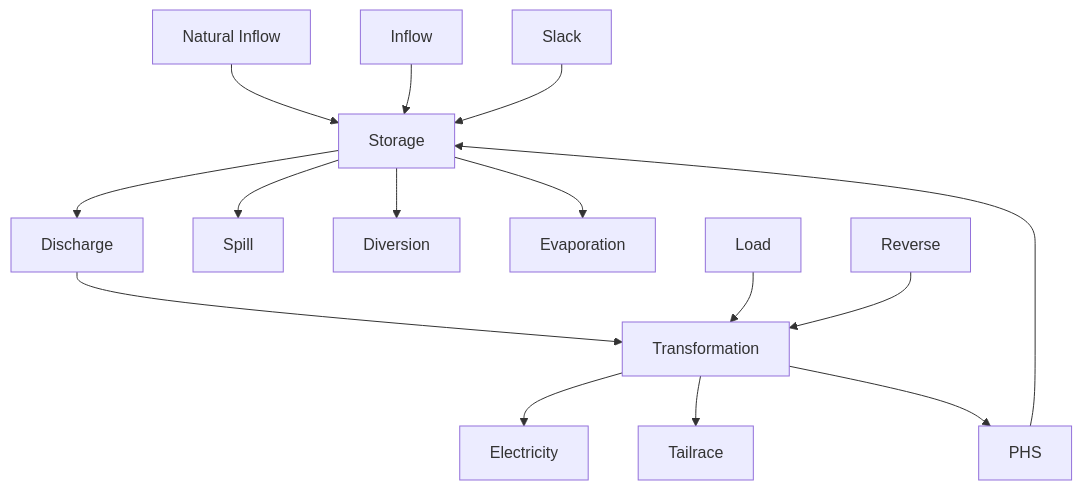
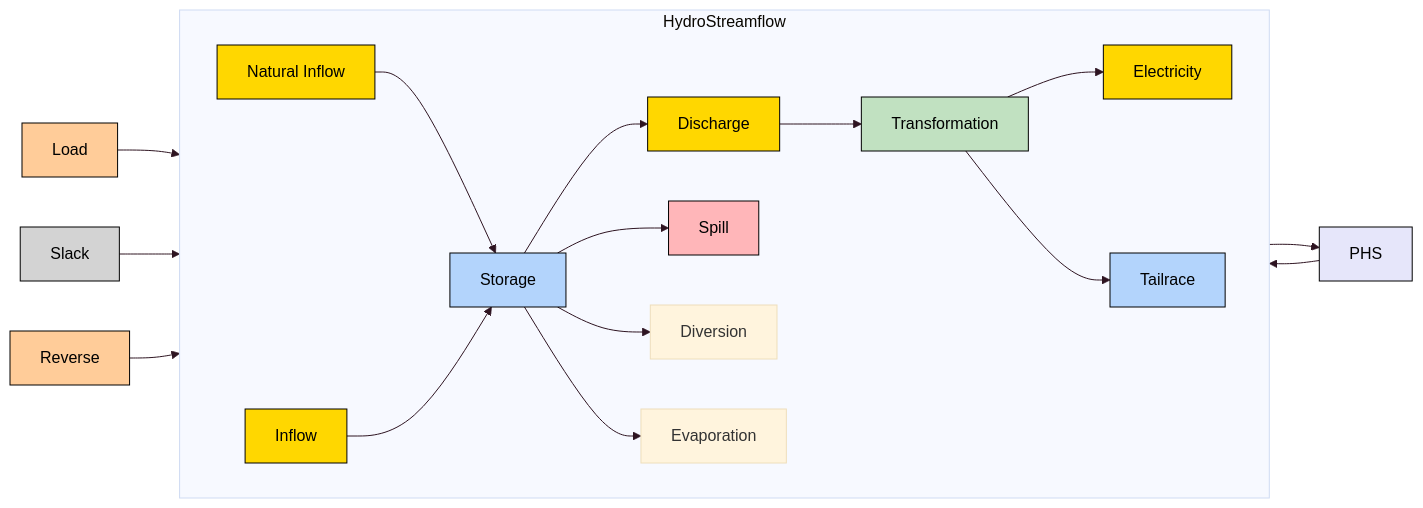
The diagram in docs/src/Manual/assets/hydrostreamflow.md (clamayag/MacroEnergy.jl), drawn with Mermaid before and after one commit.

````diff
--- a/docs/src/Manual/assets/hydrostreamflow.md
+++ b/docs/src/Manual/assets/hydrostreamflow.md
@@ -32,17 +32,35 @@
 ```mermaid
-flowchart TD
-  NI[Natural Inflow] --> S[Storage]
-  IF[Inflow] --> S
-  S --> D[Discharge]
-  D --> T[Transformation]
-  T --> G[Electricity]
-  T --> TR[Tailrace]
-  S --> SP[Spill]
-  S --> DV[Diversion]
-  S --> EV[Evaporation]
-  T --> PHS[PHS]
-  PHS --> S
+%%{init: {'theme': 'base', 'themeVariables': { 'background': '#D1EBDE' }}}%%
+flowchart LR
+  subgraph HydroStreamflow
+    direction LR
+    NI[Natural Inflow] --> S[Storage]
+    IF[Inflow] --> S
+    S --> D[Discharge]
+    S --> SP[Spill]
+    S --> DV[Diversion]
+    S --> EV[Evaporation]
+    D --> T[Transformation]
+    T --> G[Electricity]
+    T --> TR[Tailrace]
+  end
+
+  PHS[PHS] --> S
+  S --> PHS
   L[Load] --> T
   SL[Slack] --> S
   RV[Reverse] --> T
+
+  style NI fill:#FFD700,stroke:black,color:black
+  style IF fill:#FFD700,stroke:black,color:black
+  style S fill:#B3D4FC,stroke:black,color:black
+  style D fill:#FFD700,stroke:black,color:black
+  style SP fill:#FFB6B9,stroke:black,color:black
+  style T fill:#C1E1C1,stroke:black,color:black
+  style G fill:#FFD700,stroke:black,color:black
+  style TR fill:#B3D4FC,stroke:black,color:black
+  style PHS fill:#E6E6FA,stroke:black,color:black
+  style L fill:#FFCC99,stroke:black,color:black
+  style RV fill:#FFCC99,stroke:black,color:black
+  style SL fill:#D3D3D3,stroke:black,color:black
 ```
````
